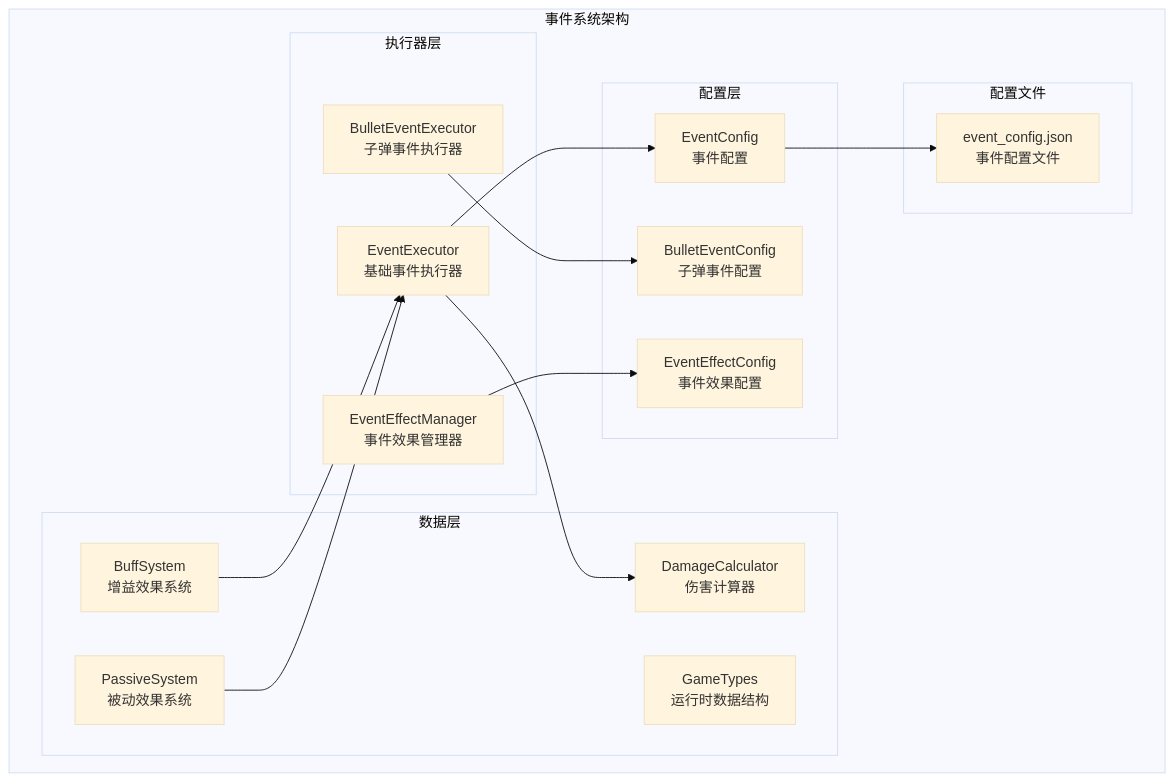
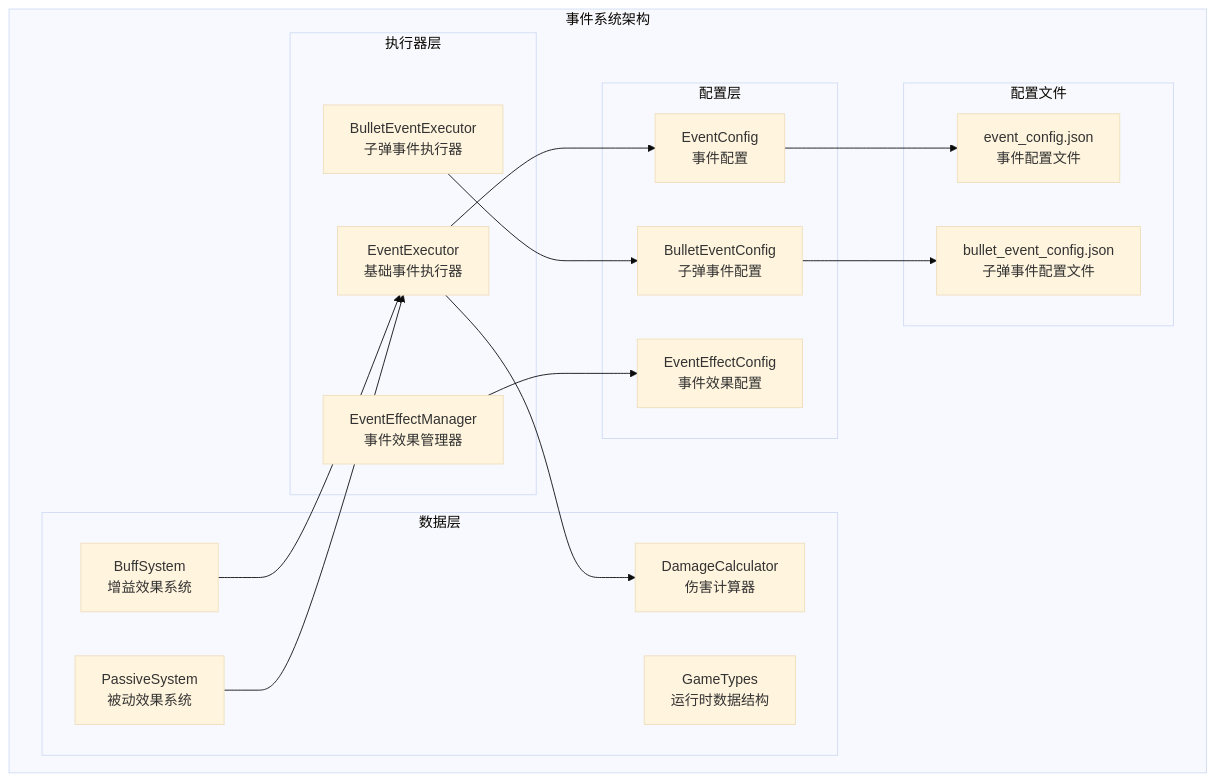
Before and after one commit to Tuusen/p1_client: the first of 8 diagrams in .qoder/repowiki/zh/content/Event System.md, drawn with Mermaid (base theme). The commit also changed other lines of this file and 13 other files, not shown here.

````diff
--- a/.qoder/repowiki/zh/content/Event System.md
+++ b/.qoder/repowiki/zh/content/Event System.md
@@ -43,31 +50,33 @@
 ```mermaid
 graph TB
 subgraph "事件系统架构"
 subgraph "执行器层"
 EE[EventExecutor<br/>基础事件执行器]
 BE[BulletEventExecutor<br/>子弹事件执行器]
 EM[EventEffectManager<br/>事件效果管理器]
 end
 subgraph "配置层"
 EC[EventConfig<br/>事件配置]
 BEC[BulletEventConfig<br/>子弹事件配置]
 EEC[EventEffectConfig<br/>事件效果配置]
 end
 subgraph "数据层"
 GT[GameTypes<br/>运行时数据结构]
 DC[DamageCalculator<br/>伤害计算器]
 BS[BuffSystem<br/>增益效果系统]
 PS[PassiveSystem<br/>被动效果系统]
 end
 subgraph "配置文件"
 EJ[event_config.json<br/>事件配置文件]
+BEJ[bullet_event_config.json<br/>子弹事件配置文件]
 end
 end
 EE --> EC
 BE --> BEC
 EM --> EEC
 EE --> DC
 BS --> EE
 PS --> EE
 EC --> EJ
+BEC --> BEJ
 ```
````
